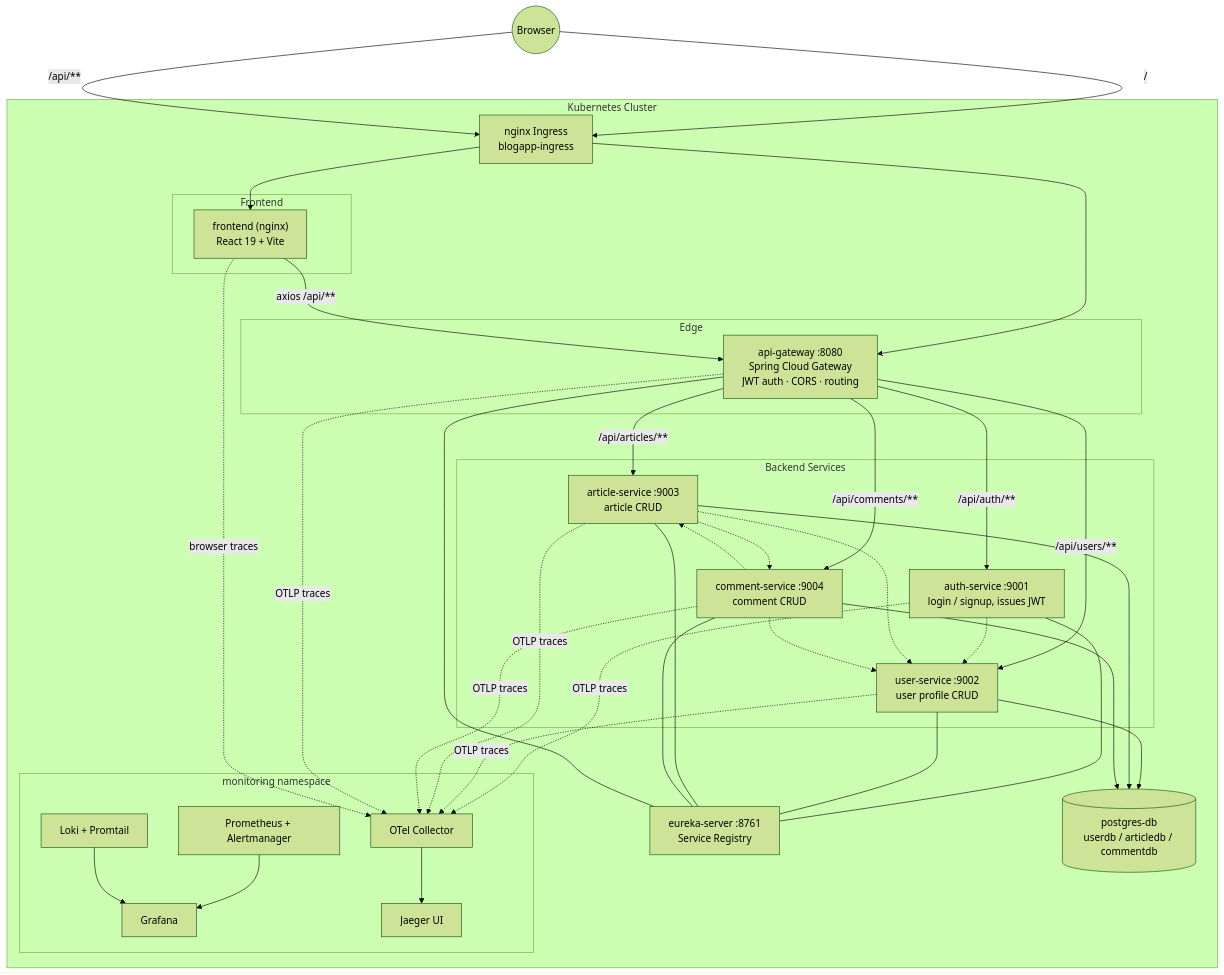
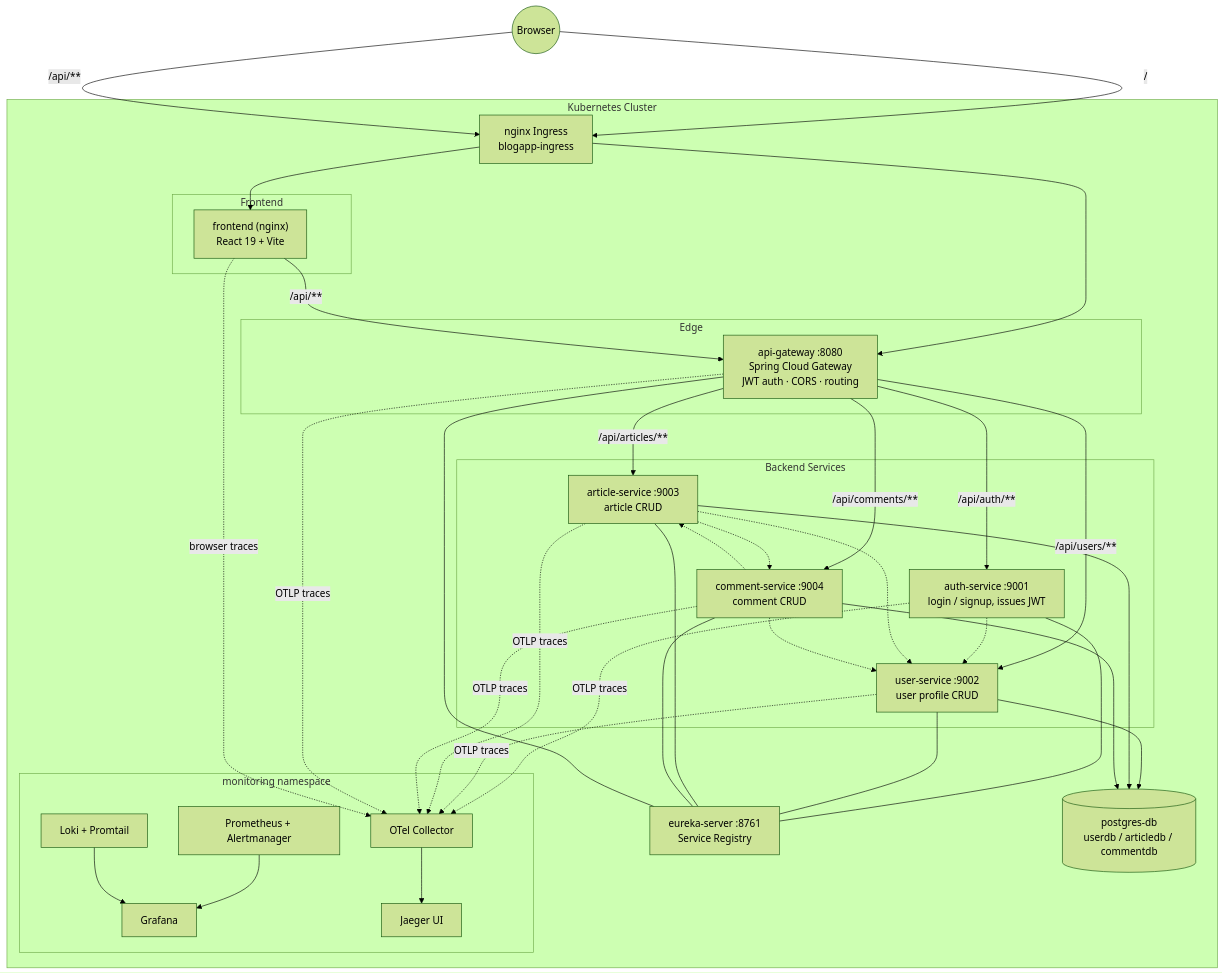
One commit to nguyenkdy/DevOps_BlogApp changed the first of 3 diagrams in README.md. Above: the diagram before and after it, drawn with Mermaid (forest theme).

````diff
--- a/README.md
+++ b/README.md
@@ -7,70 +7,70 @@
 ```mermaid
 flowchart TB
     User(("Browser"))
 
     subgraph Cluster["Kubernetes Cluster"]
         Ingress["nginx Ingress<br/>blogapp-ingress"]
 
         subgraph FE["Frontend"]
             Frontend["frontend (nginx)<br/>React 19 + Vite"]
         end
 
         subgraph GW["Edge"]
             Gateway["api-gateway :8080<br/>Spring Cloud Gateway<br/>JWT auth · CORS · routing"]
         end
 
         Eureka["eureka-server :8761<br/>Service Registry"]
 
         subgraph Services["Backend Services"]
             Auth["auth-service :9001<br/>login / signup, issues JWT"]
             Users["user-service :9002<br/>user profile CRUD"]
             Articles["article-service :9003<br/>article CRUD"]
             Comments["comment-service :9004<br/>comment CRUD"]
         end
 
         DB[("postgres-db<br/>userdb / articledb / commentdb")]
 
         subgraph Monitoring["monitoring namespace"]
             Prom["Prometheus + Alertmanager"]
             Grafana["Grafana"]
             Loki["Loki + Promtail"]
             Otel["OTel Collector"]
             Jaeger["Jaeger UI"]
         end
     end
 
     User -->|"/ "| Ingress --> Frontend
     User -->|"/api/**"| Ingress --> Gateway
-    Frontend -->|"axios /api/**"| Gateway
+    Frontend -->|"/api/**"| Gateway
 
     Gateway -->|"/api/auth/**"| Auth
     Gateway -->|"/api/users/**"| Users
     Gateway -->|"/api/articles/**"| Articles
     Gateway -->|"/api/comments/**"| Comments
 
     Auth -.-> Users
     Articles -.-> Users
     Articles -.-> Comments
     Comments -.-> Articles
     Comments -.-> Users
 
     Auth --- Eureka
     Users --- Eureka
     Articles --- Eureka
     Comments --- Eureka
     Gateway --- Eureka
 
     Users --> DB
     Articles --> DB
     Comments --> DB
 
     Auth -.OTLP traces.-> Otel
     Users -.OTLP traces.-> Otel
     Articles -.OTLP traces.-> Otel
     Comments -.OTLP traces.-> Otel
     Gateway -.OTLP traces.-> Otel
     Frontend -.browser traces.-> Otel
     Otel --> Jaeger
     Prom --> Grafana
     Loki --> Grafana
 ```
````
